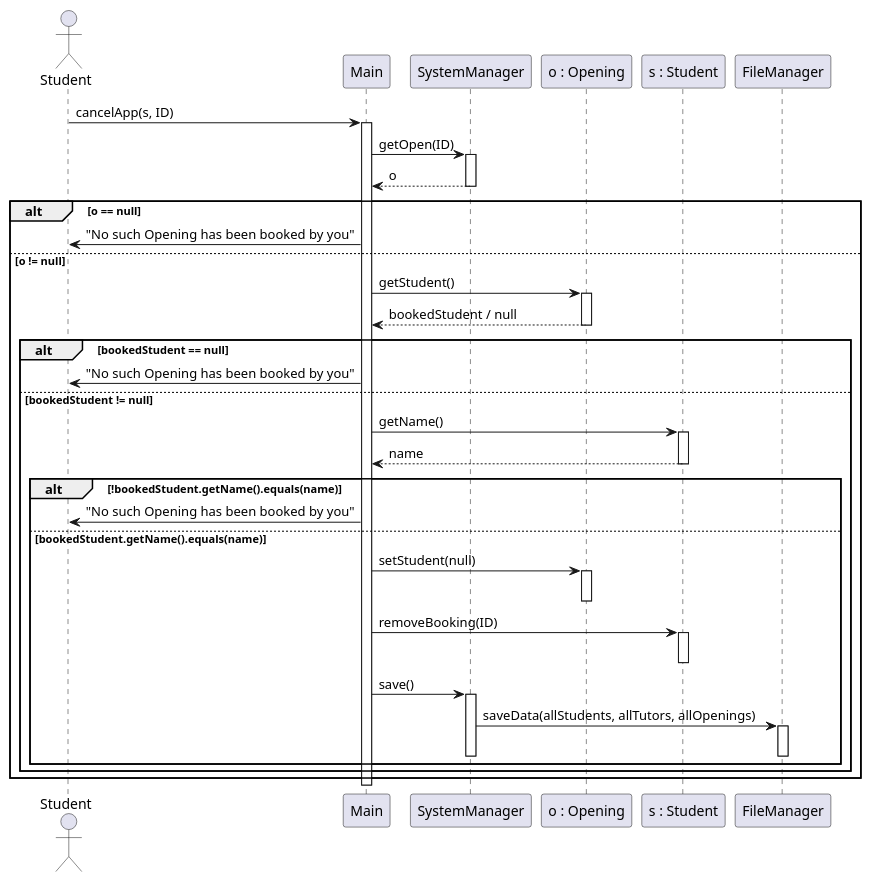
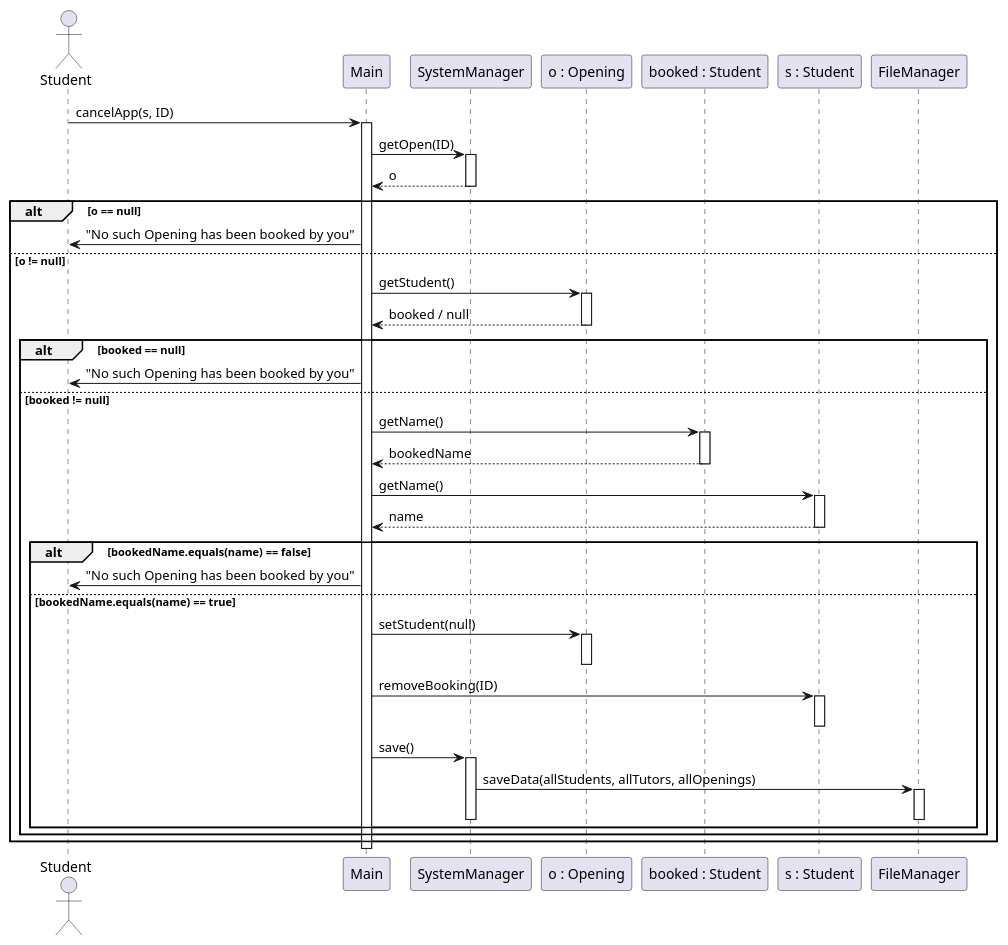
Before and after one commit to localhost433/OOPFinalProject: the diagram in docs/diagrams/cancel-appointment-sequence.puml, drawn with PlantUML. The commit also changed 3 other files, not shown here.

```diff
--- a/docs/diagrams/cancel-appointment-sequence.puml
+++ b/docs/diagrams/cancel-appointment-sequence.puml
@@ -1,59 +1,65 @@
 @startuml cancel-appointment-sequence
 ' Sequence diagram — Student cancels an opening (Main.cancelApp)
 
 actor Student as student
 
 participant "Main" as main
 participant "SystemManager" as sys
 participant "o : Opening" as open
+participant "booked : Student" as bObj
 participant "s : Student" as sObj
 participant "FileManager" as file
 
 student -> main : cancelApp(s, ID)
 activate main
 
 main -> sys : getOpen(ID)
 activate sys
 sys --> main : o
 deactivate sys
 
 alt o == null
     main -> student : "No such Opening has been booked by you"
 else o != null
     main -> open : getStudent()
     activate open
-    open --> main : bookedStudent / null
+    open --> main : booked / null
     deactivate open
 
-    alt bookedStudent == null
+    alt booked == null
         main -> student : "No such Opening has been booked by you"
-    else bookedStudent != null
+    else booked != null
+        main -> bObj : getName()
+        activate bObj
+        bObj --> main : bookedName
+        deactivate bObj
+
         main -> sObj : getName()
         activate sObj
         sObj --> main : name
         deactivate sObj
 
-        alt !bookedStudent.getName().equals(name)
+        alt bookedName.equals(name) == false
             main -> student : "No such Opening has been booked by you"
-        else bookedStudent.getName().equals(name)
+        else bookedName.equals(name) == true
             main -> open : setStudent(null)
             activate open
             deactivate open
 
             main -> sObj : removeBooking(ID)
             activate sObj
             deactivate sObj
 
             main -> sys : save()
             activate sys
             sys -> file : saveData(allStudents, allTutors, allOpenings)
             activate file
             deactivate file
             deactivate sys
         end
     end
 end
 
 deactivate main
 
 @enduml
```
